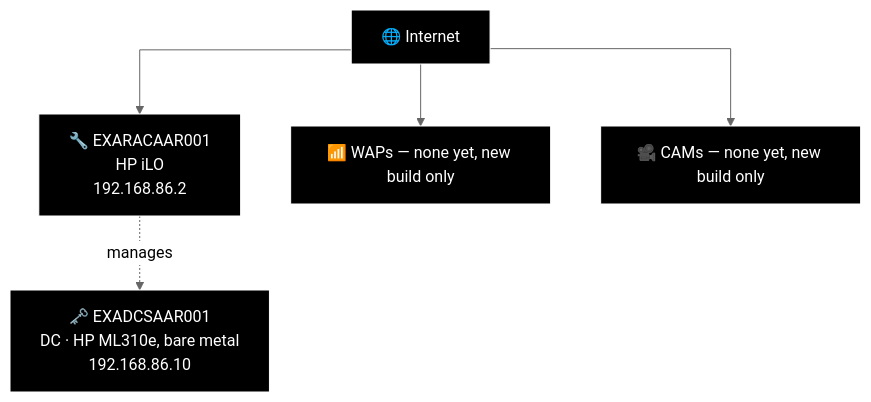
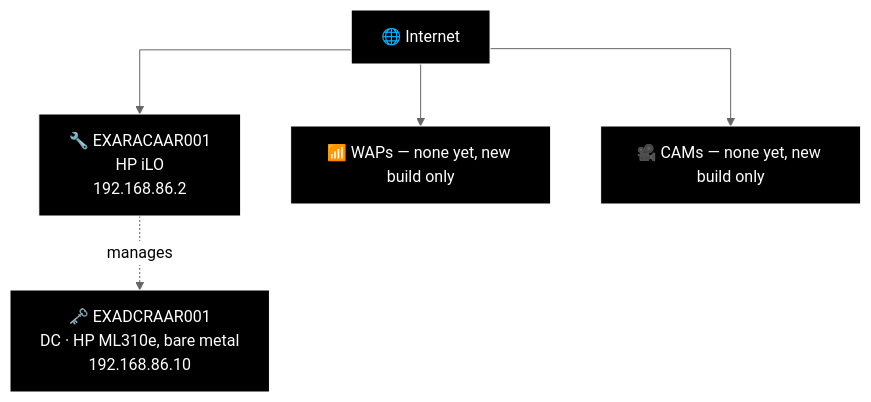
One commit to knightmare2600/example_music_infra changed diagram 15 of 23 in docs/network-diagram/danmark.md. Above: the diagram before and after it, drawn with Mermaid (neutral theme). The commit also changed other lines of this file and 8 other files, not shown here.

````diff
--- a/docs/network-diagram/danmark.md
+++ b/docs/network-diagram/danmark.md
@@ -696,20 +679,20 @@
 ```mermaid
 %%{init: {'flowchart': {'curve': 'stepAfter'}}}%%
 graph TD
     O_INET["🌐 Internet"]
     O_RAC["🔧 EXARACAAR001<br/>HP iLO<br/>192.168.86.2"]
-    O_DC["🗝️ EXADCSAAR001<br/>DC · HP ML310e, bare metal<br/>192.168.86.10"]
+    O_DC["🗝️ EXADCRAAR001<br/>DC · HP ML310e, bare metal<br/>192.168.86.10"]
     O_INET --> O_RAC
     O_RAC -.->|"manages"| O_DC
 
     O_WAP["📶 WAPs — none yet, new build only"]
     O_CAM["🎥 CAMs — none yet, new build only"]
     O_INET --> O_WAP
     O_INET --> O_CAM
 
     style O_INET fill:#000000,stroke:#FFFFFF,color:#FFFFFF
     style O_RAC fill:#000000,stroke:#FFFFFF,color:#FFFFFF
     style O_DC fill:#000000,stroke:#FFFFFF,color:#FFFFFF
     style O_WAP fill:#000000,stroke:#FFFFFF,color:#FFFFFF
     style O_CAM fill:#000000,stroke:#FFFFFF,color:#FFFFFF
 ```
````
